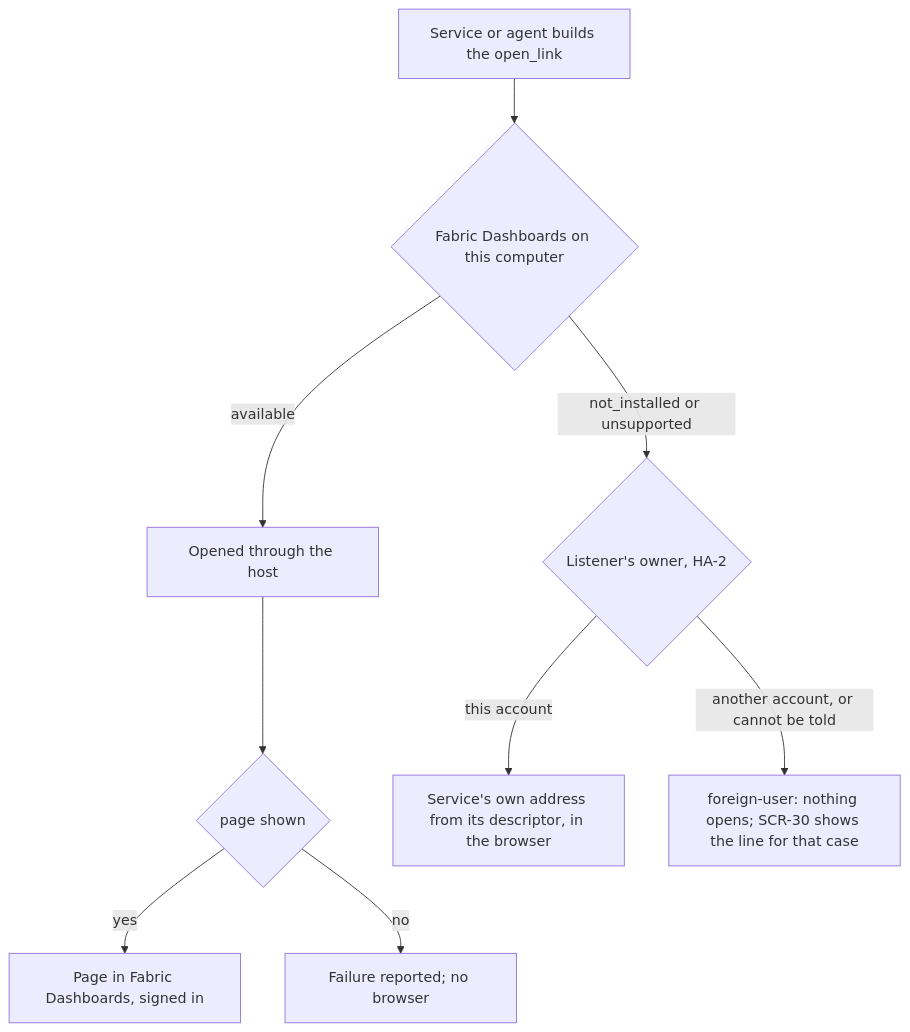
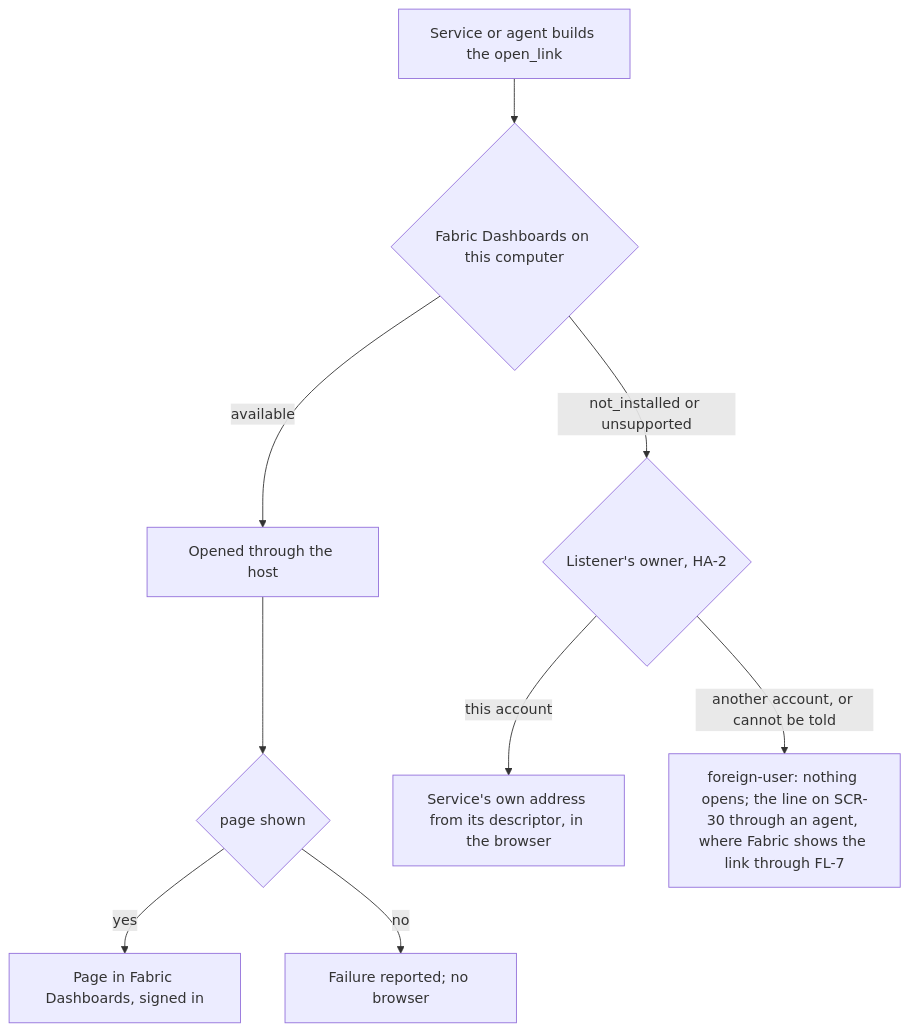
Diagram 30 of 34 in docs/ux/flows.md (passioncode-ai/fabric-agent-contract), drawn with Mermaid before and after one commit. The commit also changed other lines of this file and 12 other files, not shown here.

````diff
--- a/docs/ux/flows.md
+++ b/docs/ux/flows.md
@@ -778,11 +778,11 @@
 ```mermaid
 flowchart TD
   L[Service or agent builds the open_link] --> S{Fabric Dashboards on this computer}
   S -->|available| O[Opened through the host]
   O --> P{page shown}
   P -->|yes| D[Page in Fabric Dashboards, signed in]
   P -->|no| F[Failure reported; no browser]
   S -->|not_installed or unsupported| W{Listener's owner, HA-2}
   W -->|this account| B[Service's own address from its descriptor, in the browser]
-  W -->|another account, or cannot be told| N[foreign-user: nothing opens; SCR-30 shows the line for that case]
+  W -->|another account, or cannot be told| N[foreign-user: nothing opens; the line on SCR-30 through an agent, where Fabric shows the link through FL-7]
 ```
````
